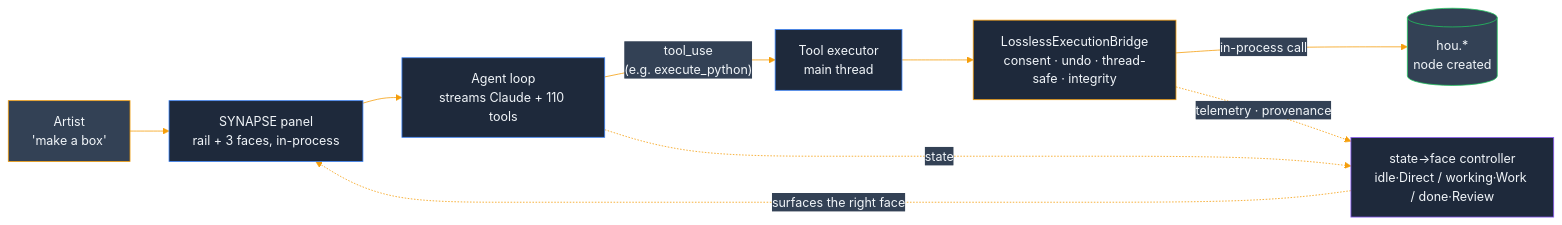
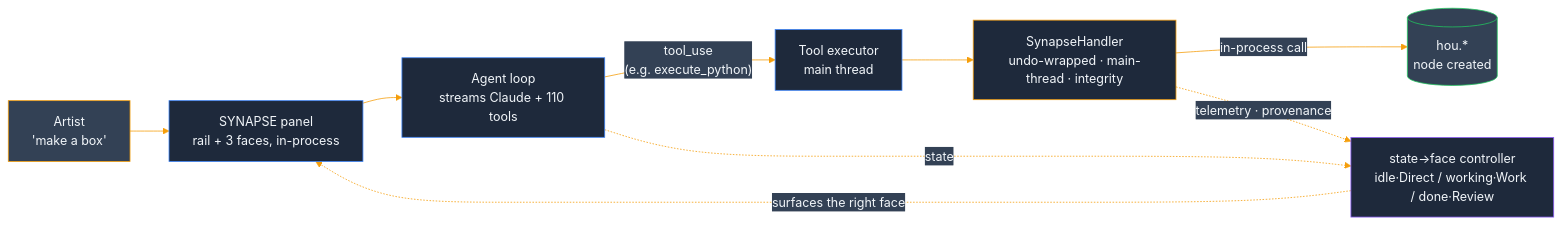
Before and after one commit to JosephOIbrahim/Synapse: the first of 13 diagrams in README.md, drawn with Mermaid. The commit also changed other lines of this file and 2 other files, not shown here.

First line of the commit message:
docs: align README/pyproject with the verified live architecture (closes D1 residue)

````diff
--- a/README.md
+++ b/README.md
@@ -25,17 +25,17 @@
 ```mermaid
 %%{init: {'theme':'base', 'themeVariables': {'primaryColor':'#1e293b','primaryTextColor':'#f1f5f9','primaryBorderColor':'#0f172a','lineColor':'#f59e0b','secondaryColor':'#334155','tertiaryColor':'#475569'}}}%%
 flowchart LR
     ART["Artist<br/>'make a box'"]:::artist --> PANEL["SYNAPSE panel<br/>rail + 3 faces, in-process"]:::panel
     PANEL --> LOOP["Agent loop<br/>streams Claude + 110 tools"]:::panel
     LOOP -->|"tool_use<br/>(e.g. execute_python)"| EXEC["Tool executor<br/>main thread"]:::panel
-    EXEC --> BR["LosslessExecutionBridge<br/>consent &middot; undo &middot; thread-safe &middot; integrity"]:::bridge
+    EXEC --> BR["SynapseHandler<br/>undo-wrapped &middot; main-thread &middot; integrity"]:::bridge
     BR -->|in-process call| HOU[("hou.*<br/>node created")]:::hou
     LOOP -.->|state| FACE["state&rarr;face controller<br/>idle&middot;Direct / working&middot;Work / done&middot;Review"]:::obs
     BR -.->|telemetry &middot; provenance| FACE
     FACE -.->|surfaces the right face| PANEL
     classDef artist fill:#334155,stroke:#f59e0b,color:#f1f5f9
     classDef panel fill:#1e293b,stroke:#3b82f6,color:#f1f5f9
     classDef bridge fill:#1e293b,stroke:#f59e0b,color:#f1f5f9
     classDef hou fill:#334155,stroke:#22c55e,color:#f1f5f9
     classDef obs fill:#1e293b,stroke:#8b5cf6,color:#f1f5f9
 ```
````
